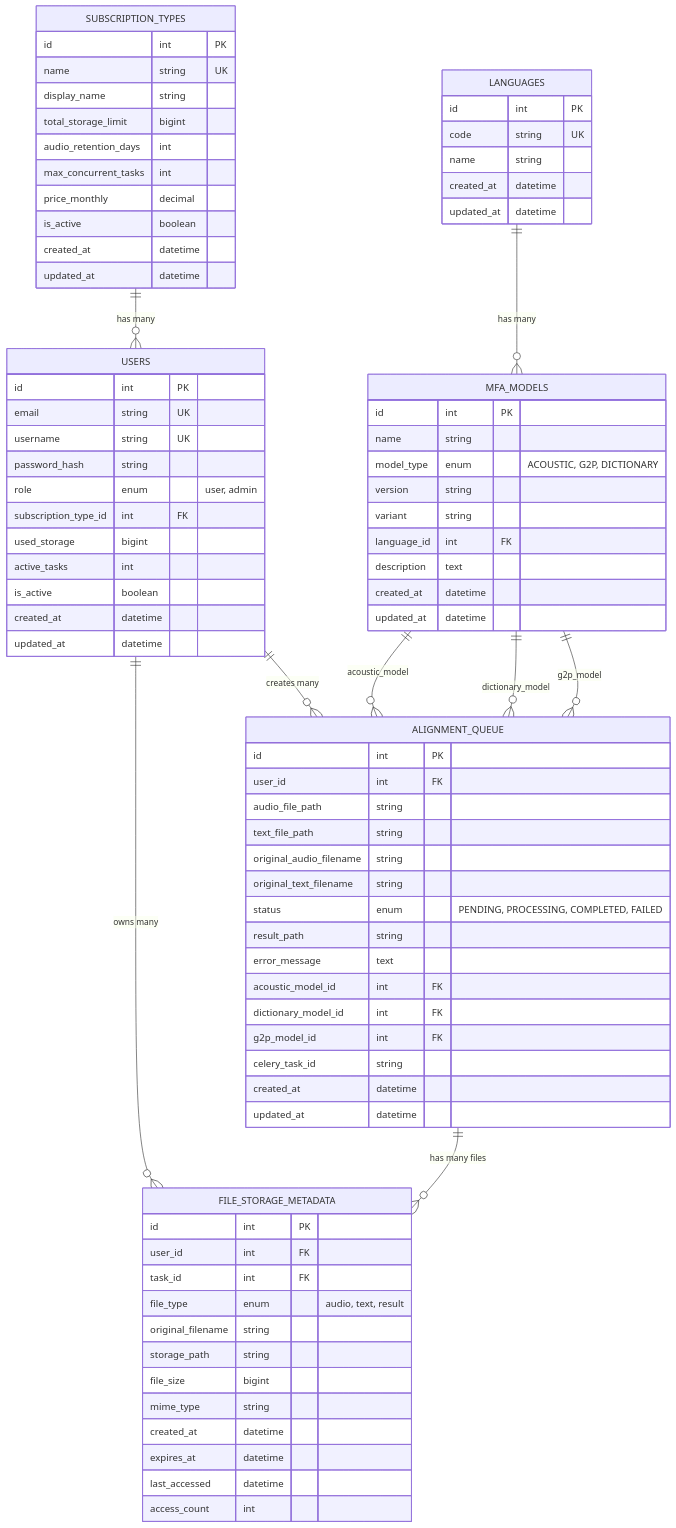
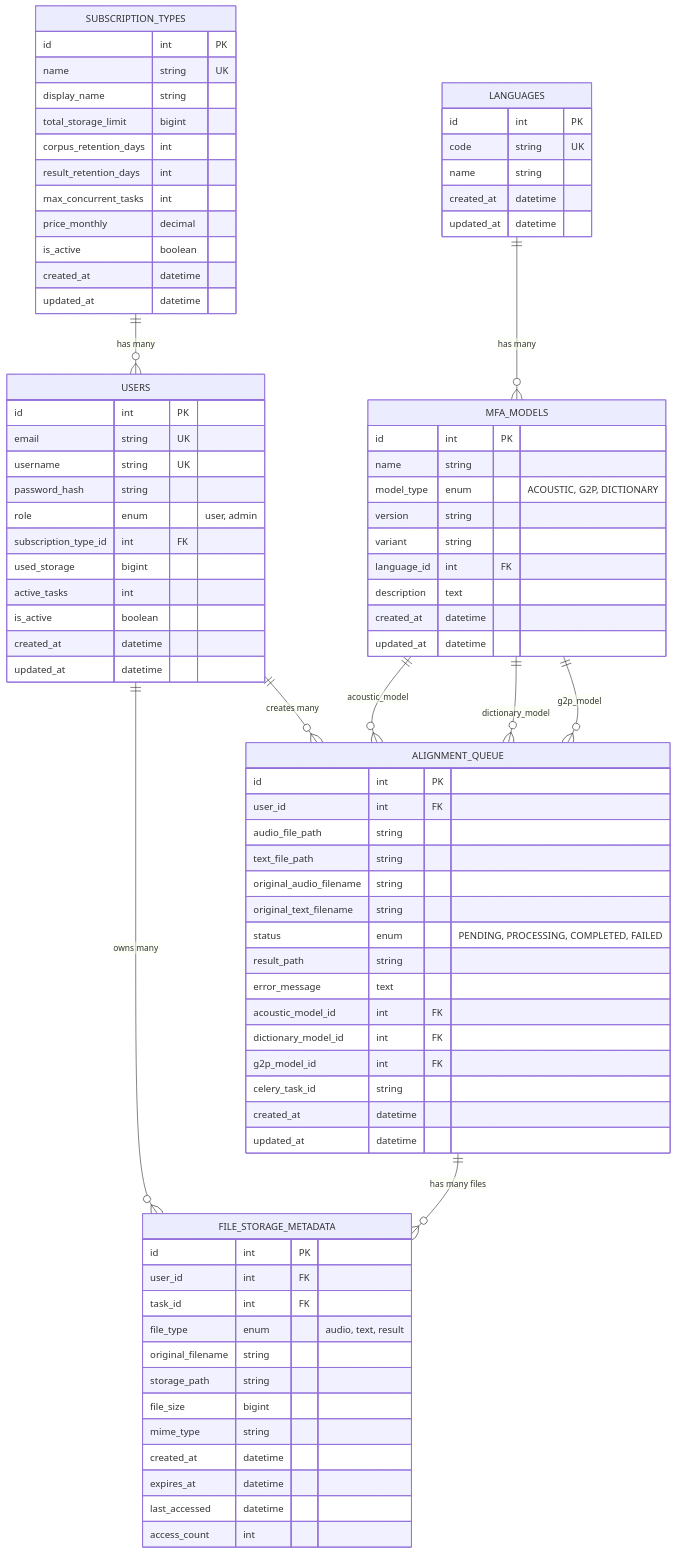
Before and after one commit to MariaPaypoint/align-api: the fifth of 5 diagrams in docs/architecture.md, drawn with Mermaid. The commit also changed other lines of this file and 1 other file, not shown here.

Commit message:
finalyze architecture

```diff
--- a/docs/architecture.md
+++ b/docs/architecture.md
@@ -357,7 +393,8 @@
         name string UK
         display_name string
         total_storage_limit bigint
-        audio_retention_days int
+        corpus_retention_days int
+        result_retention_days int
         max_concurrent_tasks int
         price_monthly decimal
         is_active boolean
```
